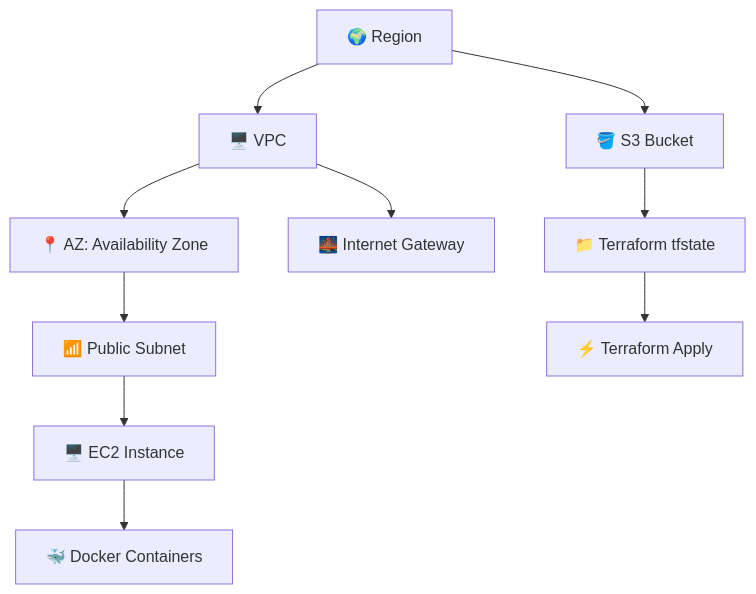
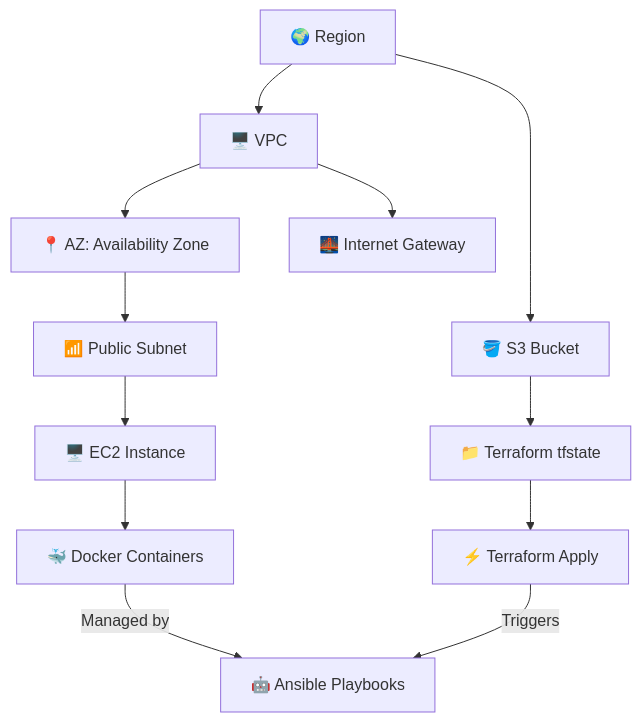
The diagram in README.md (Mariam-Hegazy-55/Docker-App-Deployment-on-AWS-using-Ansible-Terraform), drawn with Mermaid before and after one commit.

````diff
--- a/README.md
+++ b/README.md
@@ -15,12 +15,14 @@
 ``` mermaid
 graph TD
   A[🌍 Region] --> B[🖥️ VPC]
     B --> C[📍 AZ: Availability Zone]
     C --> D[📶 Public Subnet]
     D --> E[🖥️ EC2 Instance]
     E --> F[🐳 Docker Containers]
-    B --> G[🌉 Internet Gateway]
-    A --> H[🪣 S3 Bucket]
-    H --> I[📁 Terraform tfstate]
-    I --> J[⚡ Terraform Apply]
+    F -->|Managed by| G[🤖 Ansible Playbooks]
+    B --> H[🌉 Internet Gateway]
+    A --> I[🪣 S3 Bucket]
+    I --> J[📁 Terraform tfstate]
+    J --> K[⚡ Terraform Apply]
+    K -->|Triggers| G
 ```
````
